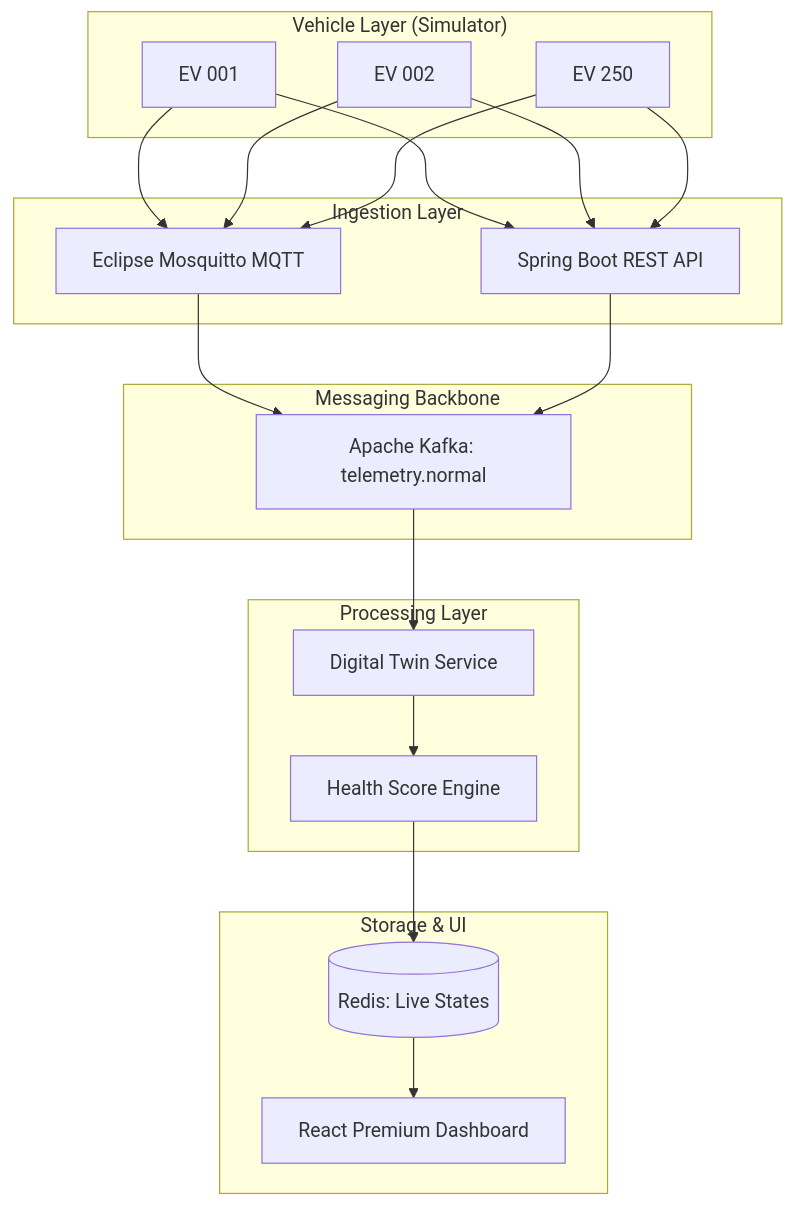
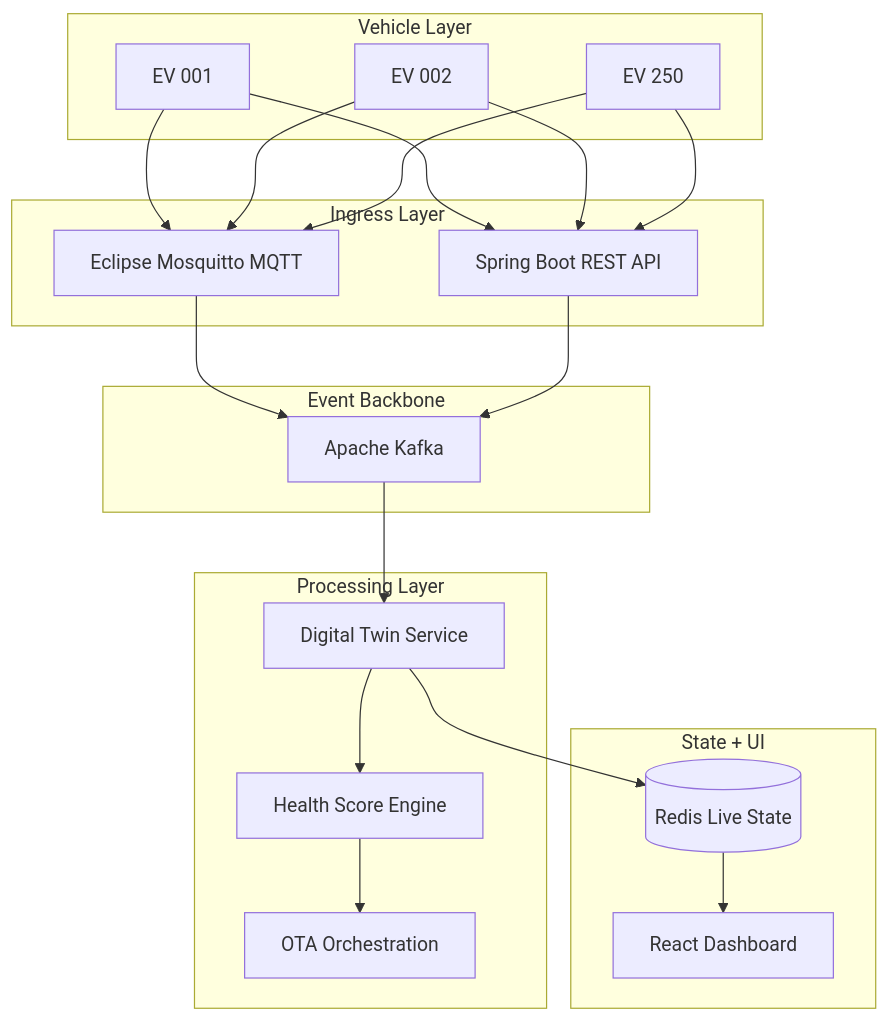
One commit to Animesh-86/Axion-EV-Fleet-Management-Minor-Project changed the diagram in Viva_Prep/01_Project_Summary.md. Above: the diagram before and after it, drawn with Mermaid. The commit also changed other lines of this file and 2834 other files, not shown here.

````diff
--- a/Viva_Prep/01_Project_Summary.md
+++ b/Viva_Prep/01_Project_Summary.md
@@ -26,34 +50,36 @@
 ```mermaid
 graph TD
-    subgraph "Vehicle Layer (Simulator)"
+    subgraph "Vehicle Layer"
         V1[EV 001]
         V2[EV 002]
         Vn[EV 250]
     end
 
-    subgraph "Ingestion Layer"
+    subgraph "Ingress Layer"
         MQTT[Eclipse Mosquitto MQTT]
         REST[Spring Boot REST API]
     end
 
-    subgraph "Messaging Backbone"
-        Kafka[Apache Kafka: telemetry.normal]
+    subgraph "Event Backbone"
+        Kafka[Apache Kafka]
     end
 
     subgraph "Processing Layer"
         Twin[Digital Twin Service]
         Health[Health Score Engine]
+        OTA[OTA Orchestration]
     end
 
-    subgraph "Storage & UI"
-        Redis[(Redis: Live States)]
-        Dash[React Premium Dashboard]
+    subgraph "State + UI"
+        Redis[(Redis Live State)]
+        Dash[React Dashboard]
     end
 
     V1 & V2 & Vn --> MQTT & REST
     MQTT & REST --> Kafka
     Kafka --> Twin
     Twin --> Health
-    Health --> Redis
+    Health --> OTA
+    Twin --> Redis
     Redis --> Dash
 ```
````
